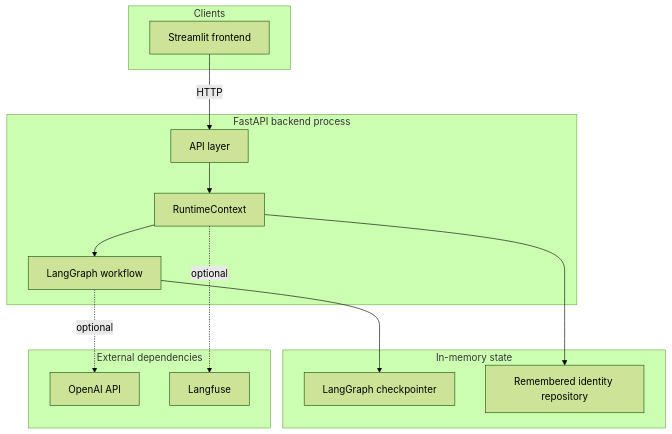
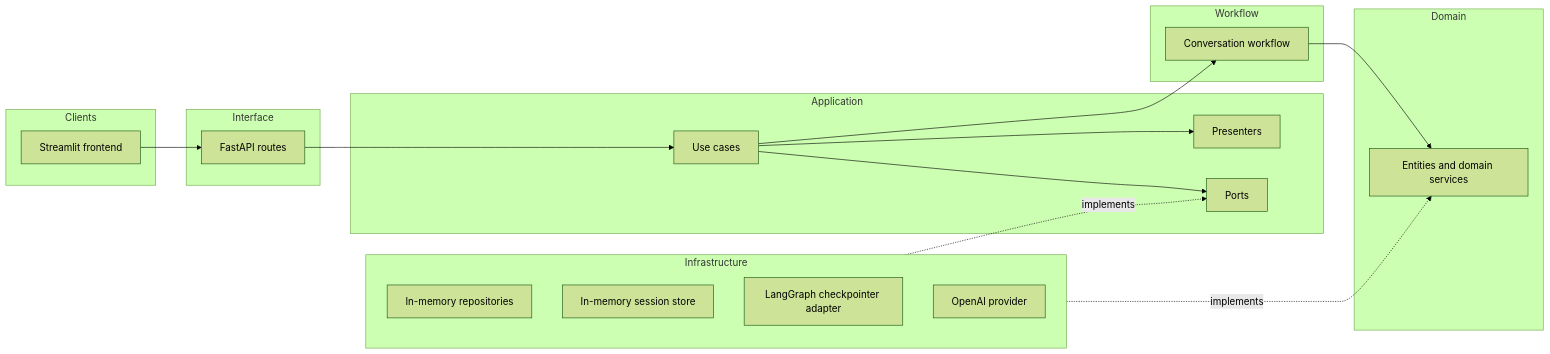
One commit to ktakanopy/appointment-bot changed the first of 4 diagrams in docs/architecture.md. Above: the diagram before and after it, drawn with Mermaid (forest theme). The commit also changed other lines of this file and 85 other files, not shown here.

First line of the commit message:
refactor: separate workflow, use cases, and presentation

````diff
--- a/docs/architecture.md
+++ b/docs/architecture.md
@@ -9,30 +9,40 @@
 ```mermaid
-flowchart TB
-  subgraph clients["Clients"]
-    ST[Streamlit frontend]
-  end
+flowchart LR
+    subgraph clients [Clients]
+        streamlit[Streamlit frontend]
+    end
 
-  subgraph api["FastAPI backend process"]
-    HTTP[API layer]
-    RC[RuntimeContext]
-    G[LangGraph workflow]
-    HTTP --> RC
-    RC --> G
-  end
+    subgraph interface [Interface]
+        api[FastAPI routes]
+    end
 
-  subgraph state["In-memory state"]
-    CP[LangGraph checkpointer]
-    ID[Remembered identity repository]
-  end
+    subgraph application [Application]
+        useCases[Use cases]
+        presenters[Presenters]
+        appPorts[Ports]
+    end
 
-  subgraph external["External dependencies"]
-    OAI[OpenAI API]
-    LF[Langfuse]
-  end
+    subgraph workflowLayer [Workflow]
+        workflow[Conversation workflow]
+    end
 
-  ST -->|HTTP| HTTP
-  G --> CP
-  RC --> ID
-  G -. optional .-> OAI
-  RC -. optional .-> LF
+    subgraph domain [Domain]
+        domainCore[Entities and domain services]
+    end
+
+    subgraph infrastructure [Infrastructure]
+        repos[In-memory repositories]
+        sessions[In-memory session store]
+        checkpoints[LangGraph checkpointer adapter]
+        llm[OpenAI provider]
+    end
+
+    streamlit --> api
+    api --> useCases
+    useCases --> presenters
+    useCases --> appPorts
+    useCases --> workflow
+    workflow --> domainCore
+    infrastructure -.implements.-> appPorts
+    infrastructure -.implements.-> domainCore
 ```
````
